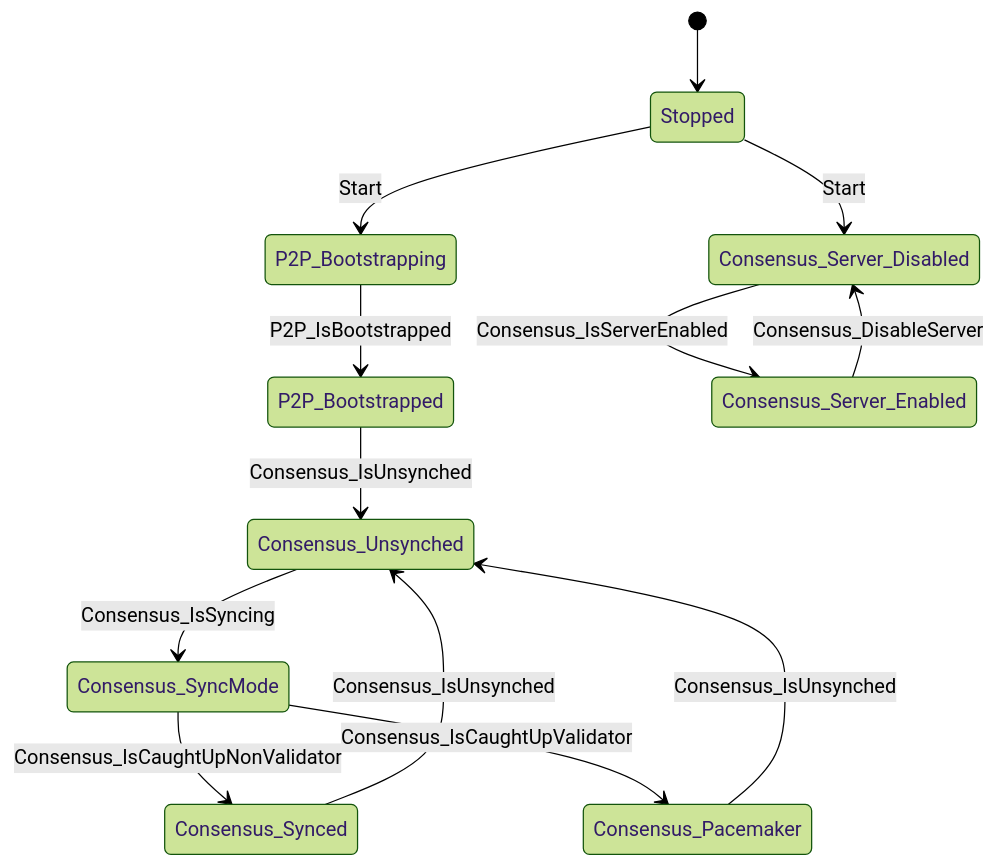
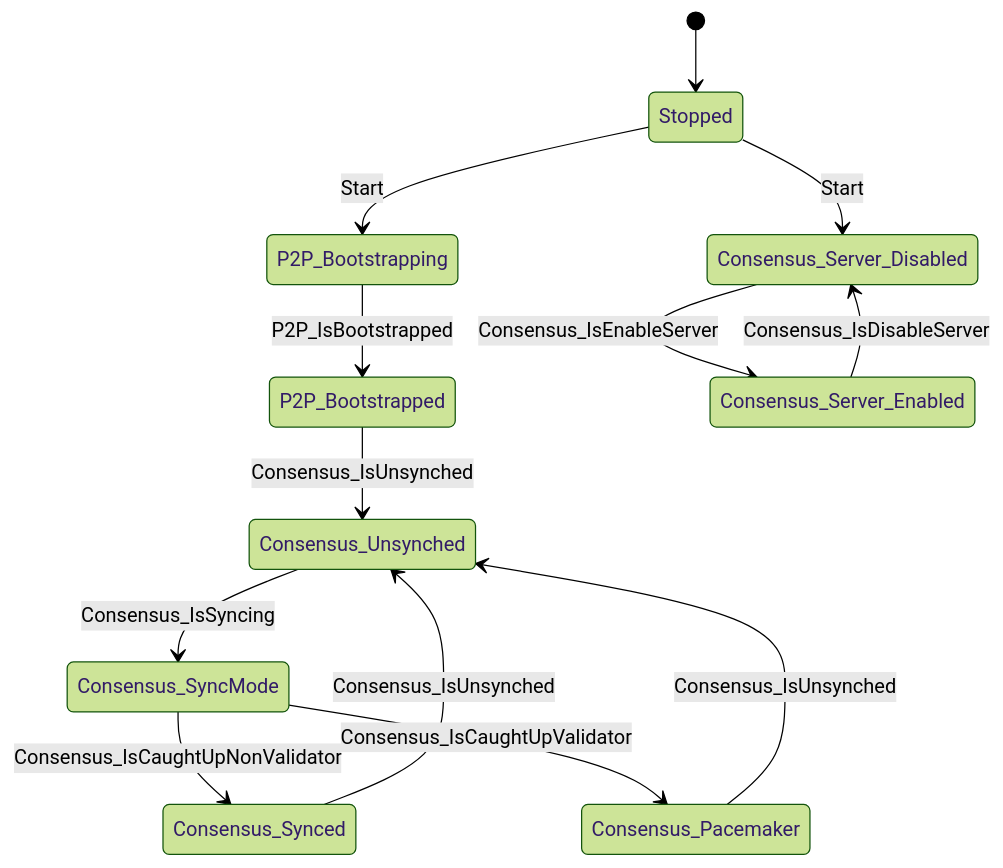
The diagram in state_machine/docs/state-machine.diagram.md (pokt-network/pocket), drawn with Mermaid (forest theme) before and after one commit. The commit also changed 4 other files, not shown here.

````diff
--- a/state_machine/docs/state-machine.diagram.md
+++ b/state_machine/docs/state-machine.diagram.md
@@ -5,15 +5,15 @@
 ```mermaid
 stateDiagram-v2
     [*] --> Stopped
     Consensus_Synced --> Consensus_Unsynched: Consensus_IsUnsynched
     Consensus_Pacemaker --> Consensus_Unsynched: Consensus_IsUnsynched
     Consensus_SyncMode --> Consensus_Synced: Consensus_IsCaughtUpNonValidator
     Consensus_SyncMode --> Consensus_Pacemaker: Consensus_IsCaughtUpValidator
     Consensus_Unsynched --> Consensus_SyncMode: Consensus_IsSyncing
     P2P_Bootstrapped --> Consensus_Unsynched: Consensus_IsUnsynched
     P2P_Bootstrapping --> P2P_Bootstrapped: P2P_IsBootstrapped
-    Consensus_Server_Enabled --> Consensus_Server_Disabled: Consensus_DisableServer
-    Consensus_Server_Disabled --> Consensus_Server_Enabled: Consensus_IsServerEnabled
+    Consensus_Server_Enabled --> Consensus_Server_Disabled: Consensus_IsDisableServer
+    Consensus_Server_Disabled --> Consensus_Server_Enabled: Consensus_IsEnableServer
     Stopped --> Consensus_Server_Disabled: Start
     Stopped --> P2P_Bootstrapping: Start
 ```
````
